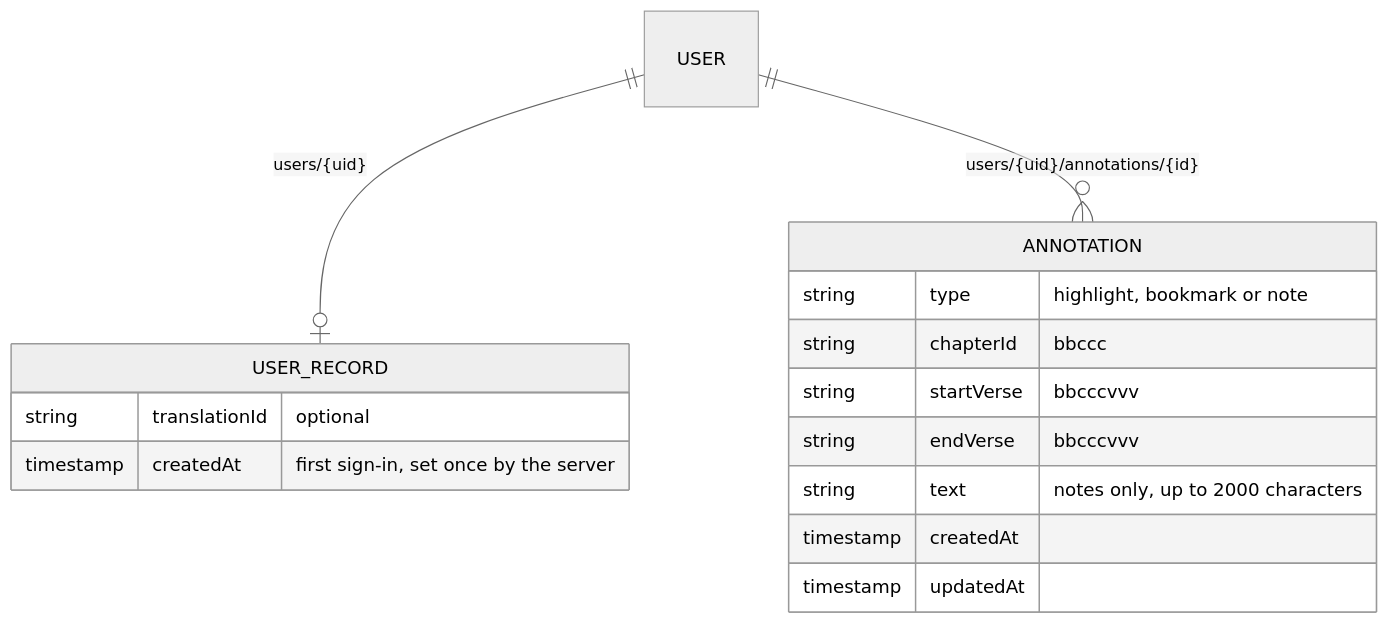
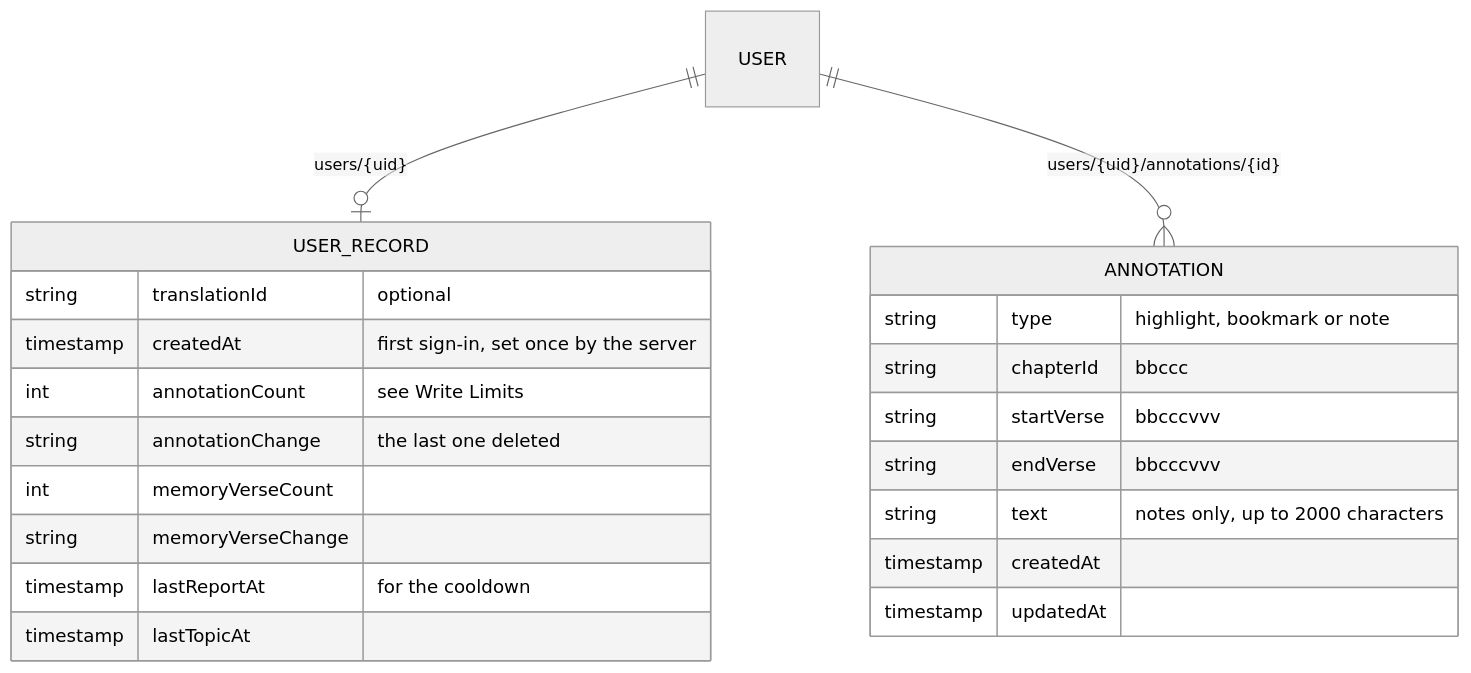
Before and after one commit to Valiance-Studios/bible-center: the fourth of 22 diagrams in ARCHITECTURE.md, drawn with Mermaid (neutral theme). The commit also changed other lines of this file and 29 other files, not shown here.

First line of the commit message:
Limit how much one account can keep, and how often it can report or start topics (#31)

````diff
--- a/ARCHITECTURE.md
+++ b/ARCHITECTURE.md
@@ -286,18 +286,24 @@
 ```mermaid
 erDiagram
   USER ||--o| USER_RECORD : "users/{uid}"
   USER ||--o{ ANNOTATION : "users/{uid}/annotations/{id}"
   USER_RECORD {
     string translationId "optional"
     timestamp createdAt "first sign-in, set once by the server"
+    int annotationCount "see Write Limits"
+    string annotationChange "the last one deleted"
+    int memoryVerseCount
+    string memoryVerseChange
+    timestamp lastReportAt "for the cooldown"
+    timestamp lastTopicAt
   }
   ANNOTATION {
     string type "highlight, bookmark or note"
     string chapterId "bbccc"
     string startVerse "bbcccvvv"
     string endVerse "bbcccvvv"
     string text "notes only, up to 2000 characters"
     timestamp createdAt
     timestamp updatedAt
   }
 ```
````
